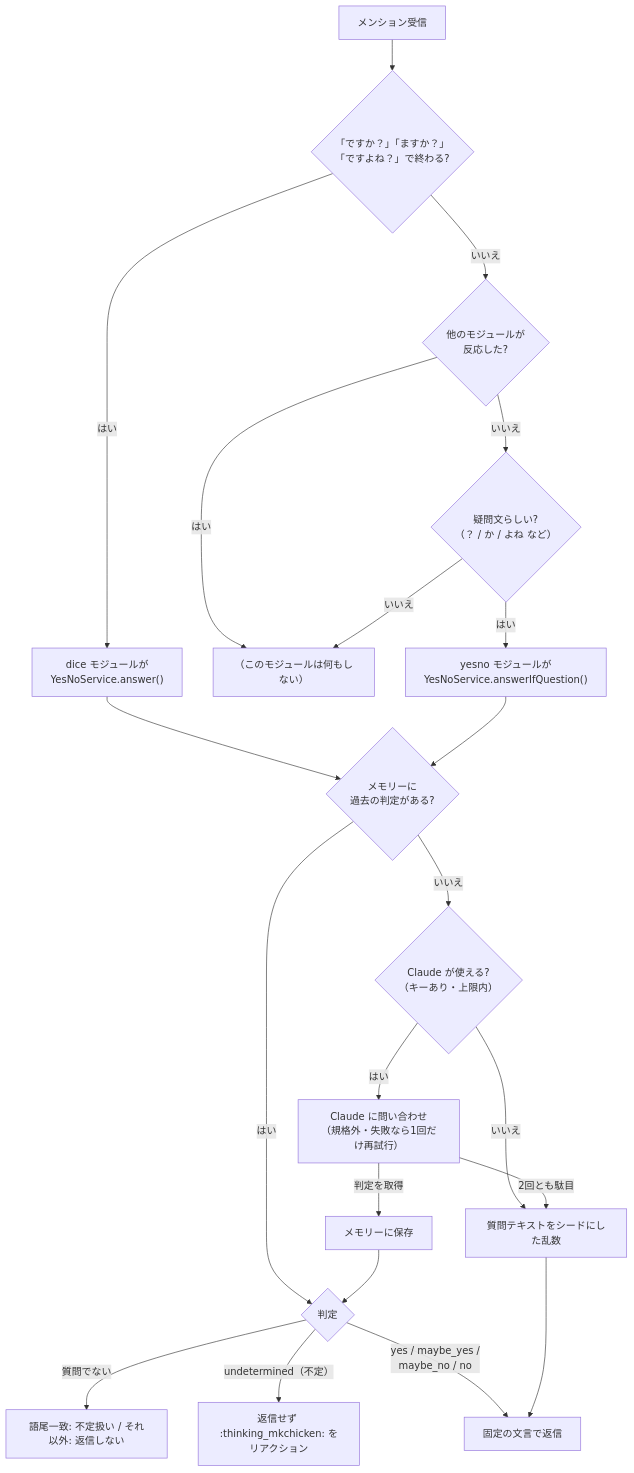
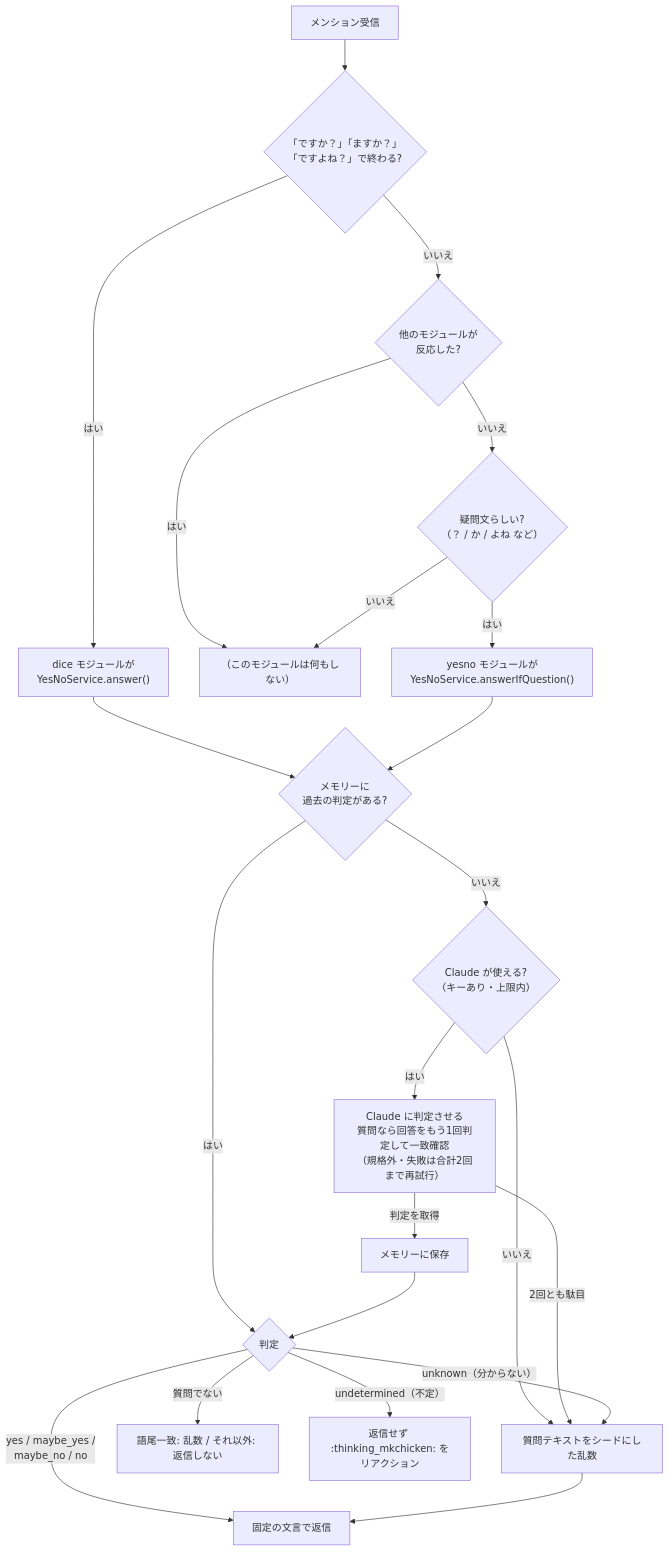
One commit to emtkmkk/ai changed the diagram in src/modules/yesno/README.md. Above: the diagram before and after it, drawn with Mermaid. The commit also changed other lines of this file and 3 other files, not shown here.

````diff
--- a/src/modules/yesno/README.md
+++ b/src/modules/yesno/README.md
@@ -7,22 +7,23 @@
 ```mermaid
 flowchart TD
     A["メンション受信"] --> B{"「ですか？」「ますか？」<br/>「ですよね？」で終わる?"}
     B -- はい --> C["dice モジュールが<br/>YesNoService.answer()"]
     B -- いいえ --> D{"他のモジュールが<br/>反応した?"}
     D -- はい --> Z["（このモジュールは何もしない）"]
     D -- いいえ --> E{"疑問文らしい?<br/>（？ / か / よね など）"}
     E -- いいえ --> Z
     E -- はい --> F["yesno モジュールが<br/>YesNoService.answerIfQuestion()"]
     C --> G
     F --> G{"メモリーに<br/>過去の判定がある?"}
     G -- はい --> K
     G -- いいえ --> H{"Claude が使える?<br/>（キーあり・上限内）"}
     H -- いいえ --> R["質問テキストをシードにした乱数"]
-    H -- はい --> I["Claude に問い合わせ<br/>（規格外・失敗なら1回だけ再試行）"]
+    H -- はい --> I["Claude に判定させる<br/>質問なら回答をもう1回判定して一致確認<br/>（規格外・失敗は合計2回まで再試行）"]
     I -- 2回とも駄目 --> R
     I -- 判定を取得 --> J["メモリーに保存"] --> K{"判定"}
-    K -- 質問でない --> L["語尾一致: 不定扱い / それ以外: 返信しない"]
+    K -- 質問でない --> L["語尾一致: 乱数 / それ以外: 返信しない"]
+    K -- unknown（分からない） --> R
     K -- undetermined（不定） --> U["返信せず :thinking_mkchicken: をリアクション"]
     K -- yes / maybe_yes /<br/>maybe_no / no --> M["固定の文言で返信"]
     R --> M
 ```
````
